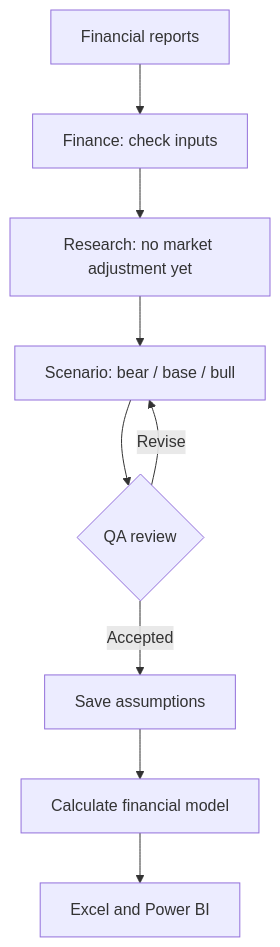
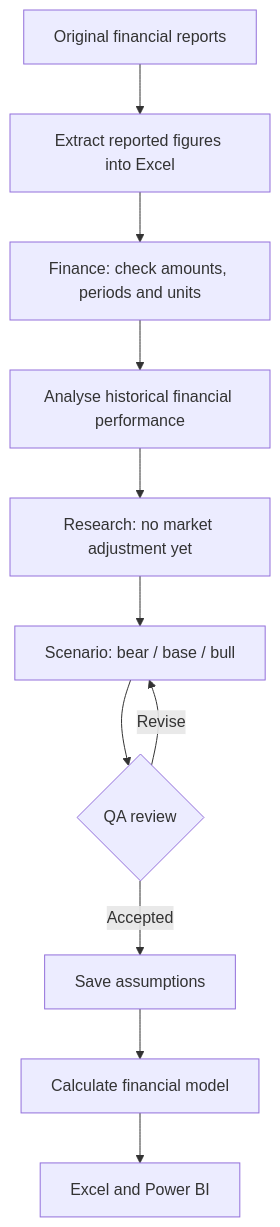
The diagram in docs/public_cases/PG/01_agents.md (HoiChen-bayes/Portfolio-Guide), drawn with Mermaid before and after one commit. The commit also changed other lines of this file and 4 other files, not shown here.

Commit message:
Show revenue extraction from original P&G report to full Excel worksheet

````diff
--- a/docs/public_cases/PG/01_agents.md
+++ b/docs/public_cases/PG/01_agents.md
@@ -33,11 +34,13 @@
 ```mermaid
 flowchart TB
-    A[Financial reports] --> B[Finance: check inputs]
-    B --> C[Research: no market adjustment yet]
+    A[Original financial reports] --> X[Extract reported figures into Excel]
+    X --> B[Finance: check amounts, periods and units]
+    B --> Y[Analyse historical financial performance]
+    Y --> C[Research: no market adjustment yet]
     C --> D[Scenario: bear / base / bull]
     D --> E{QA review}
     E -->|Revise| D
     E -->|Accepted| F[Save assumptions]
     F --> G[Calculate financial model]
     G --> H[Excel and Power BI]
 ```
````
